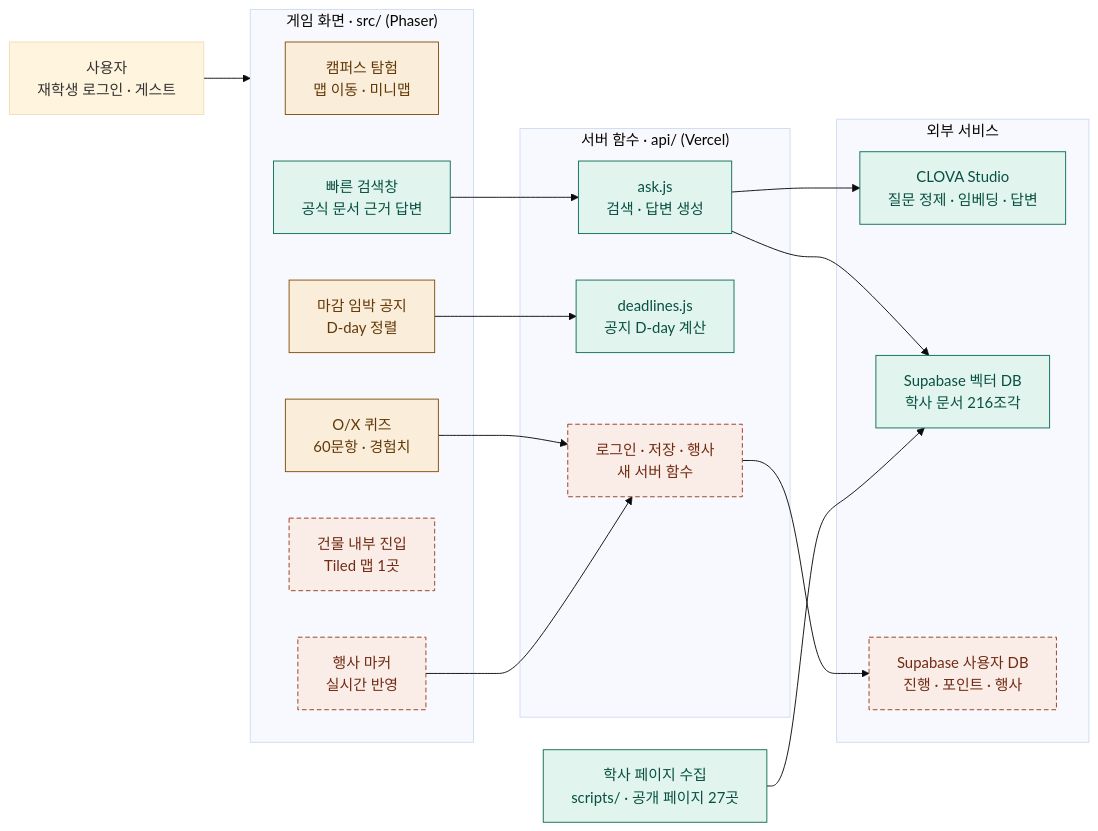
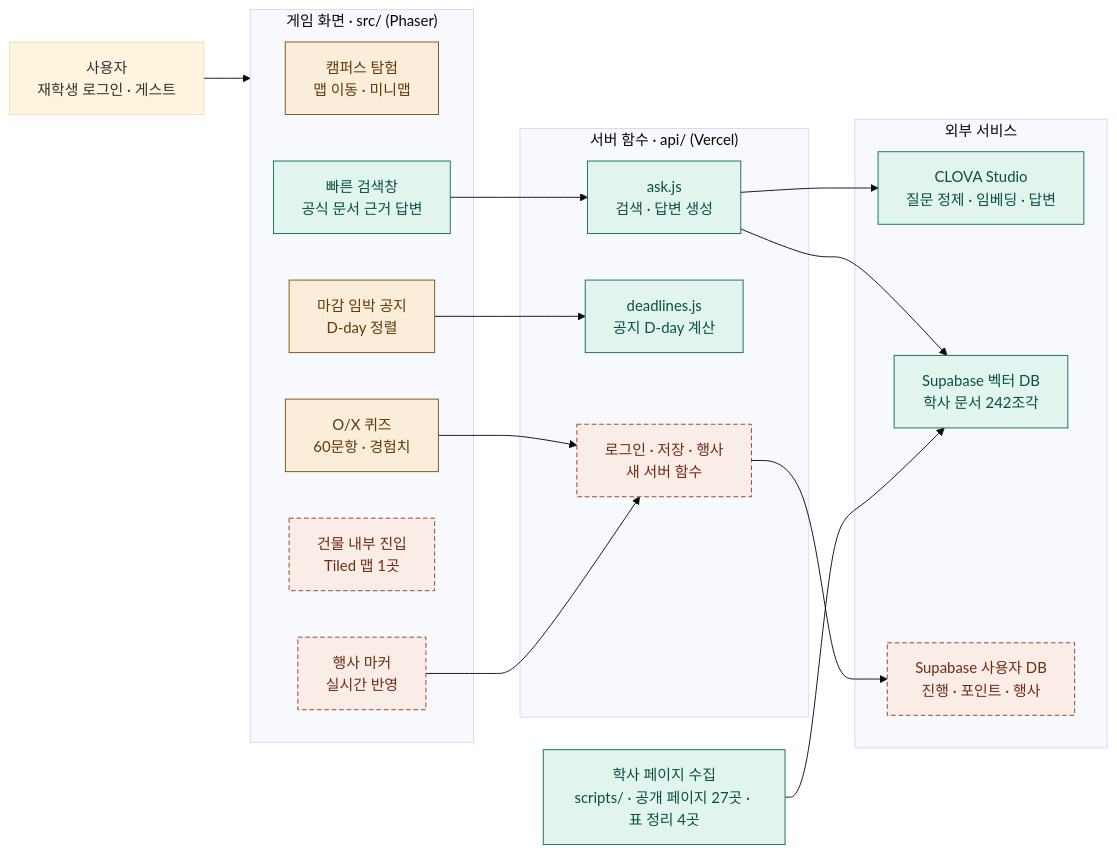
The diagram in docs/ARCHITECTURE.md (202502859-source/hufs-quest), drawn with Mermaid (base theme) before and after one commit. The commit also changed other lines of this file and 1 other file, not shown here.

````diff
--- a/docs/ARCHITECTURE.md
+++ b/docs/ARCHITECTURE.md
@@ -8,45 +8,45 @@
 ```mermaid
 flowchart LR
     user["사용자<br/>재학생 로그인 · 게스트"]
 
     subgraph game["게임 화면 · src/ (Phaser)"]
         explore["캠퍼스 탐험<br/>맵 이동 · 미니맵"]
         search["빠른 검색창<br/>공식 문서 근거 답변"]
         quiz["O/X 퀴즈<br/>60문항 · 경험치"]
         notice["마감 임박 공지<br/>D-day 정렬"]
         interior["건물 내부 진입<br/>Tiled 맵 1곳"]
         eventMarker["행사 마커<br/>실시간 반영"]
     end
 
     subgraph server["서버 함수 · api/ (Vercel)"]
         ask["ask.js<br/>검색 · 답변 생성"]
         deadlines["deadlines.js<br/>공지 D-day 계산"]
         newApi["로그인 · 저장 · 행사<br/>새 서버 함수"]
     end
 
     subgraph external["외부 서비스"]
         clova["CLOVA Studio<br/>질문 정제 · 임베딩 · 답변"]
-        vector["Supabase 벡터 DB<br/>학사 문서 216조각"]
+        vector["Supabase 벡터 DB<br/>학사 문서 242조각"]
         userDb["Supabase 사용자 DB<br/>진행 · 포인트 · 행사"]
     end
 
-    collect["학사 페이지 수집<br/>scripts/ · 공개 페이지 27곳"]
+    collect["학사 페이지 수집<br/>scripts/ · 공개 페이지 27곳 · 표 정리 4곳"]
 
     user --> game
     search --> ask
     notice --> deadlines
     quiz --> newApi
     eventMarker --> newApi
     ask --> clova
     ask --> vector
     newApi --> userDb
     collect --> vector
 
     classDef done fill:#E1F5EE,stroke:#0F6E56,color:#085041
     classDef partial fill:#FAEEDA,stroke:#854F0B,color:#633806
     classDef todo fill:#FAECE7,stroke:#993C1D,color:#712B13,stroke-dasharray:5 3
 
     class search,ask,deadlines,clova,vector,collect done
     class explore,quiz,notice partial
     class interior,eventMarker,newApi,userDb todo
 ```
````
